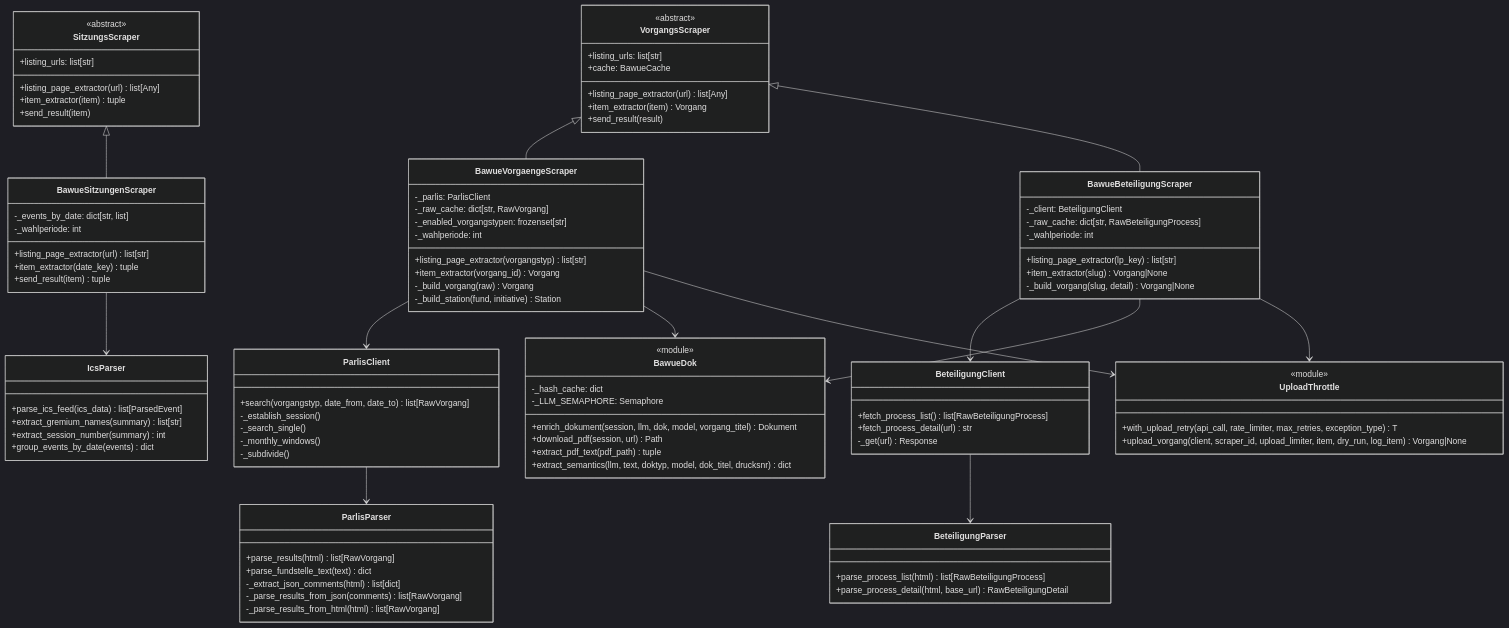
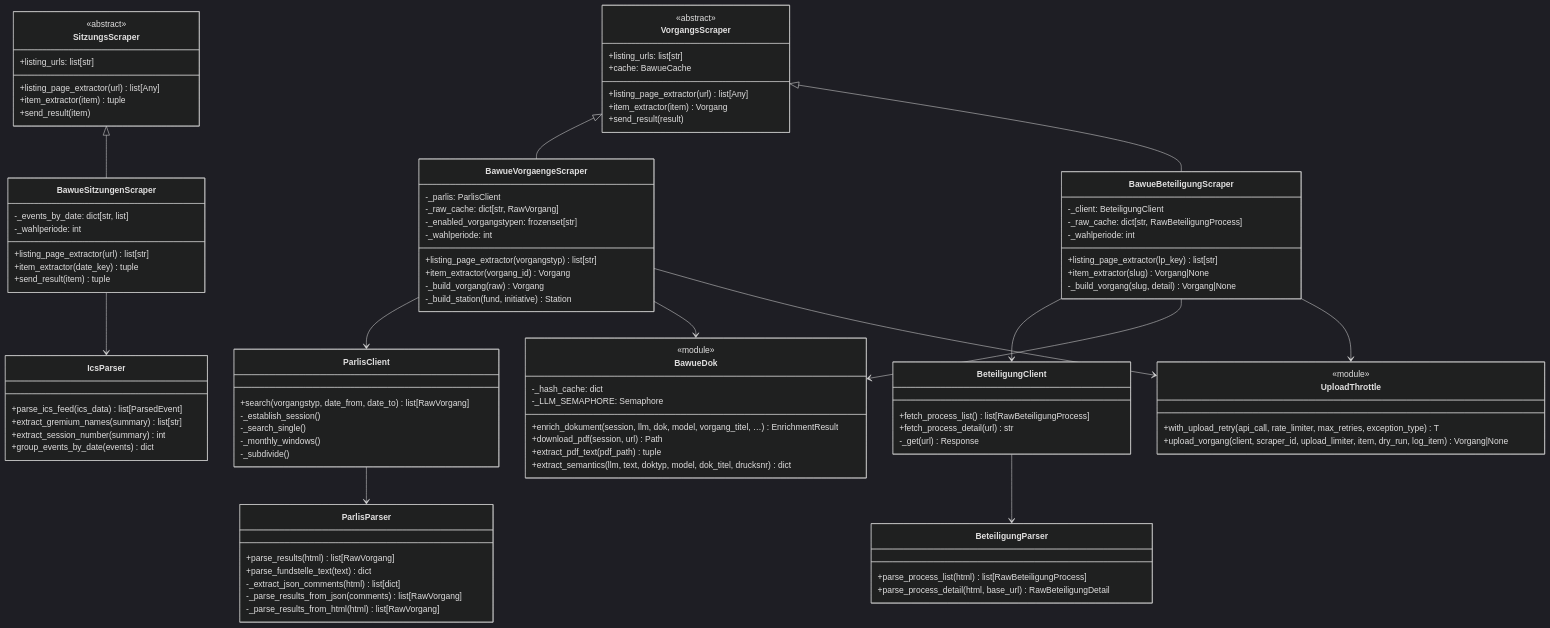
One commit to Parlamentszusammenfasser/pazufa-scraper-bw changed the third of 4 diagrams in docs/architecture.md. Above: the diagram before and after it, drawn with Mermaid (dark theme).

Commit message:
docs: enrich_dokument returns EnrichmentResult
Refs #130

```diff
--- a/docs/architecture.md
+++ b/docs/architecture.md
@@ -224,7 +224,7 @@
 
     class BawueDok {
         <<module>>
-        +enrich_dokument(session, llm, dok, model, vorgang_titel) Dokument
+        +enrich_dokument(session, llm, dok, model, vorgang_titel, …) EnrichmentResult
         +download_pdf(session, url) Path
         +extract_pdf_text(pdf_path) tuple
         +extract_semantics(llm, text, doktyp, model, dok_titel, drucksnr) dict
```
